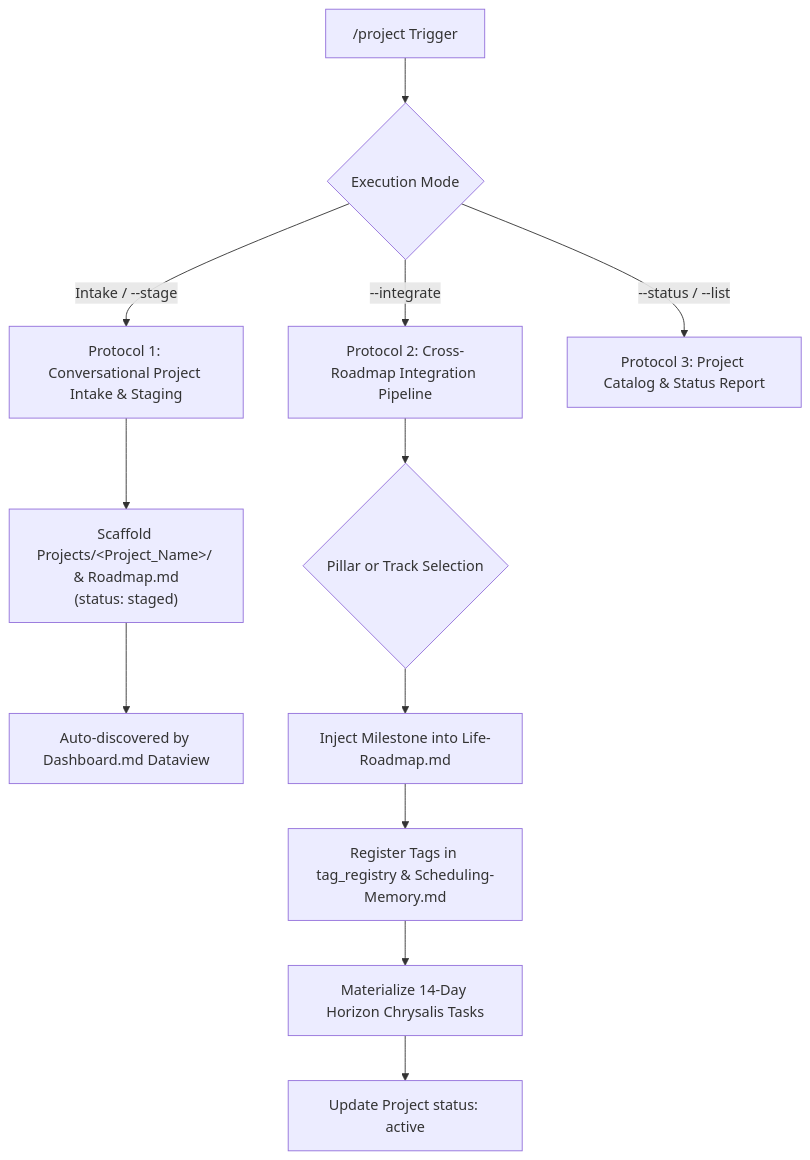
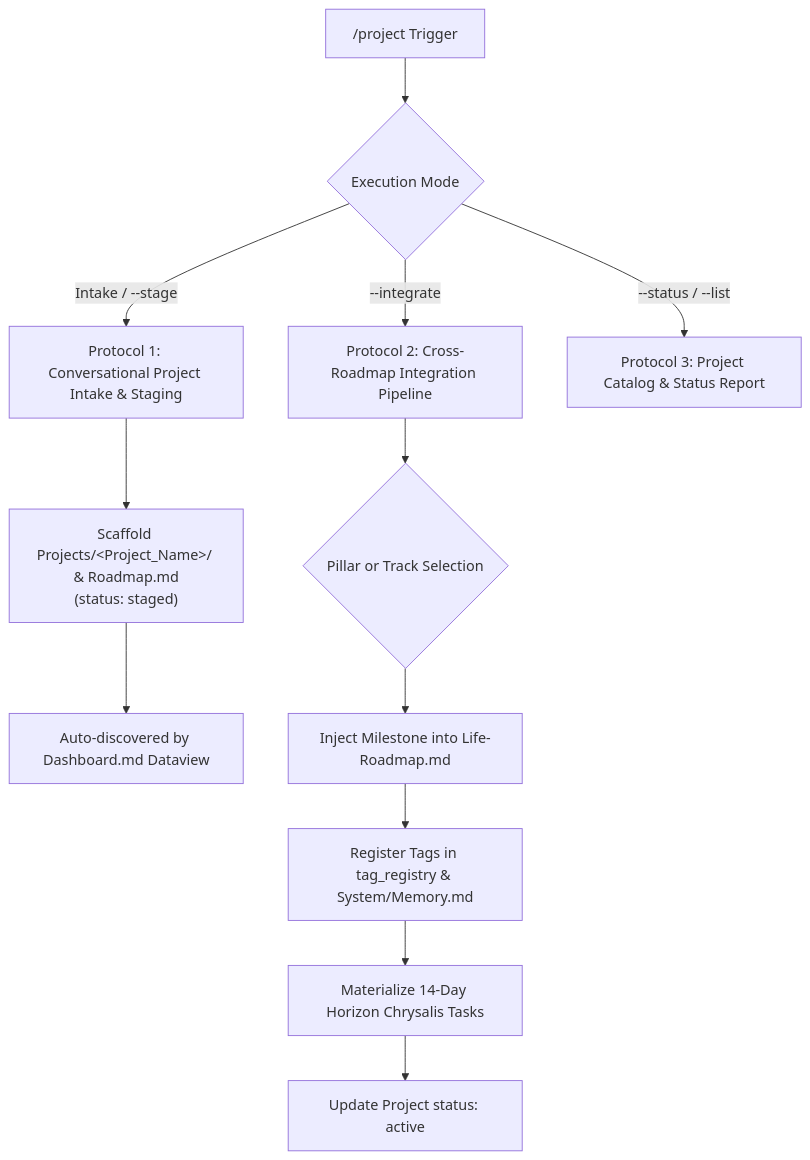
Before and after one commit to tama-gucci/chrysalis: the diagram in .agent/skills/project/SKILL.md, drawn with Mermaid. The commit also changed other lines of this file and 96 other files, not shown here.

````diff
--- a/.agent/skills/project/SKILL.md
+++ b/.agent/skills/project/SKILL.md
@@ -29,16 +29,16 @@
 ```mermaid
 graph TD
     Trigger["/project Trigger"] --> Mode{Execution Mode}
     Mode -->|"Intake / --stage"| P1["Protocol 1: Conversational Project Intake & Staging"]
     Mode -->|"--integrate"| P2["Protocol 2: Cross-Roadmap Integration Pipeline"]
     Mode -->|"--status / --list"| P3["Protocol 3: Project Catalog & Status Report"]
 
     P1 --> Scaffold["Scaffold Projects/&lt;Project_Name&gt;/ & Roadmap.md<br>(status: staged)"]
     Scaffold --> LiveDash["Auto-discovered by Dashboard.md Dataview"]
 
     P2 --> PillarSelect{"Pillar or Track Selection"}
     PillarSelect --> PillarInject["Inject Milestone into Life-Roadmap.md"]
-    PillarInject --> TagSync["Register Tags in tag_registry & Scheduling-Memory.md"]
+    PillarInject --> TagSync["Register Tags in tag_registry & System/Memory.md"]
     TagSync --> HorizonIngest["Materialize 14-Day Horizon Chrysalis Tasks"]
     HorizonIngest --> MarkActive["Update Project status: active"]
 ```
````
